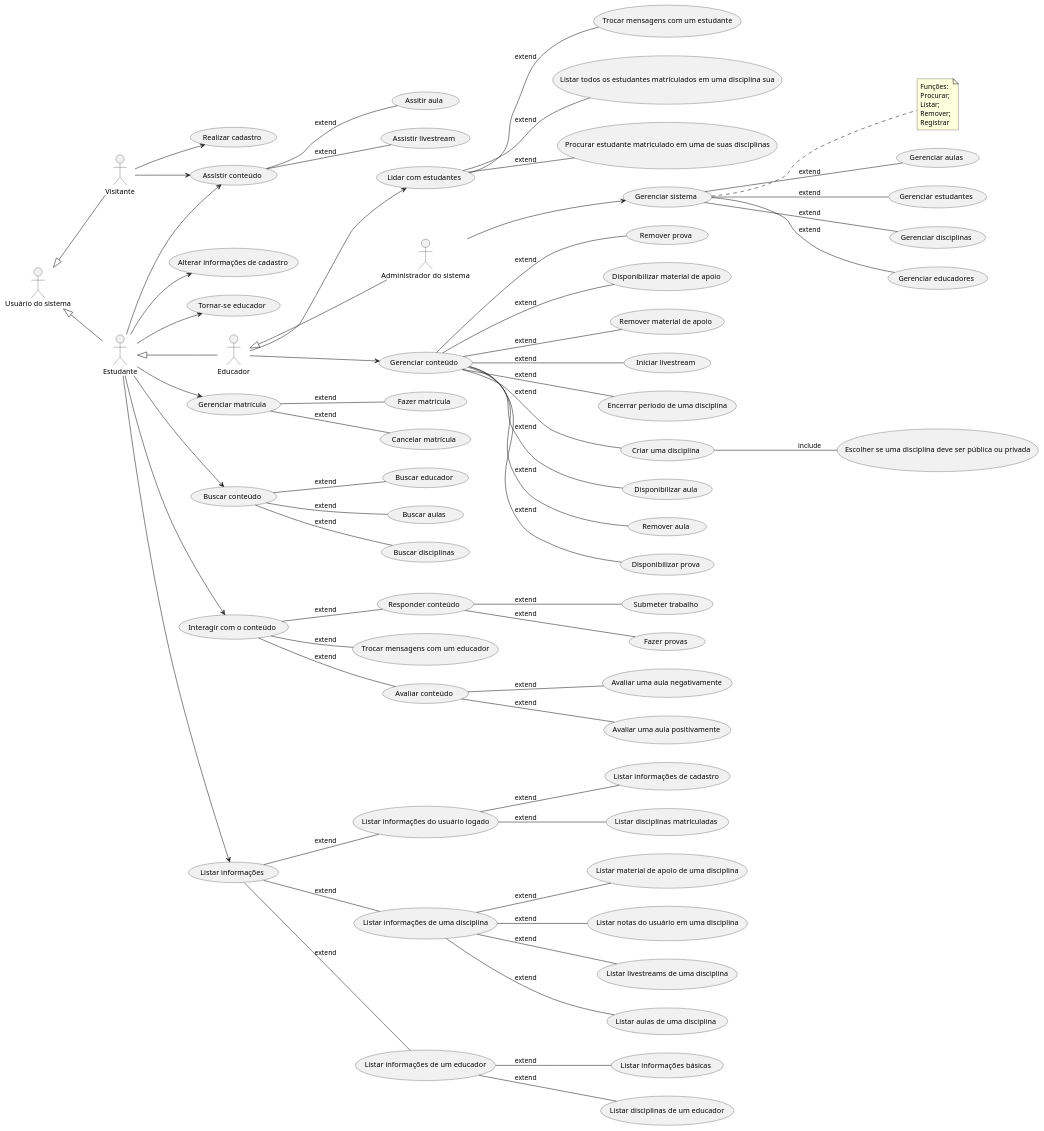
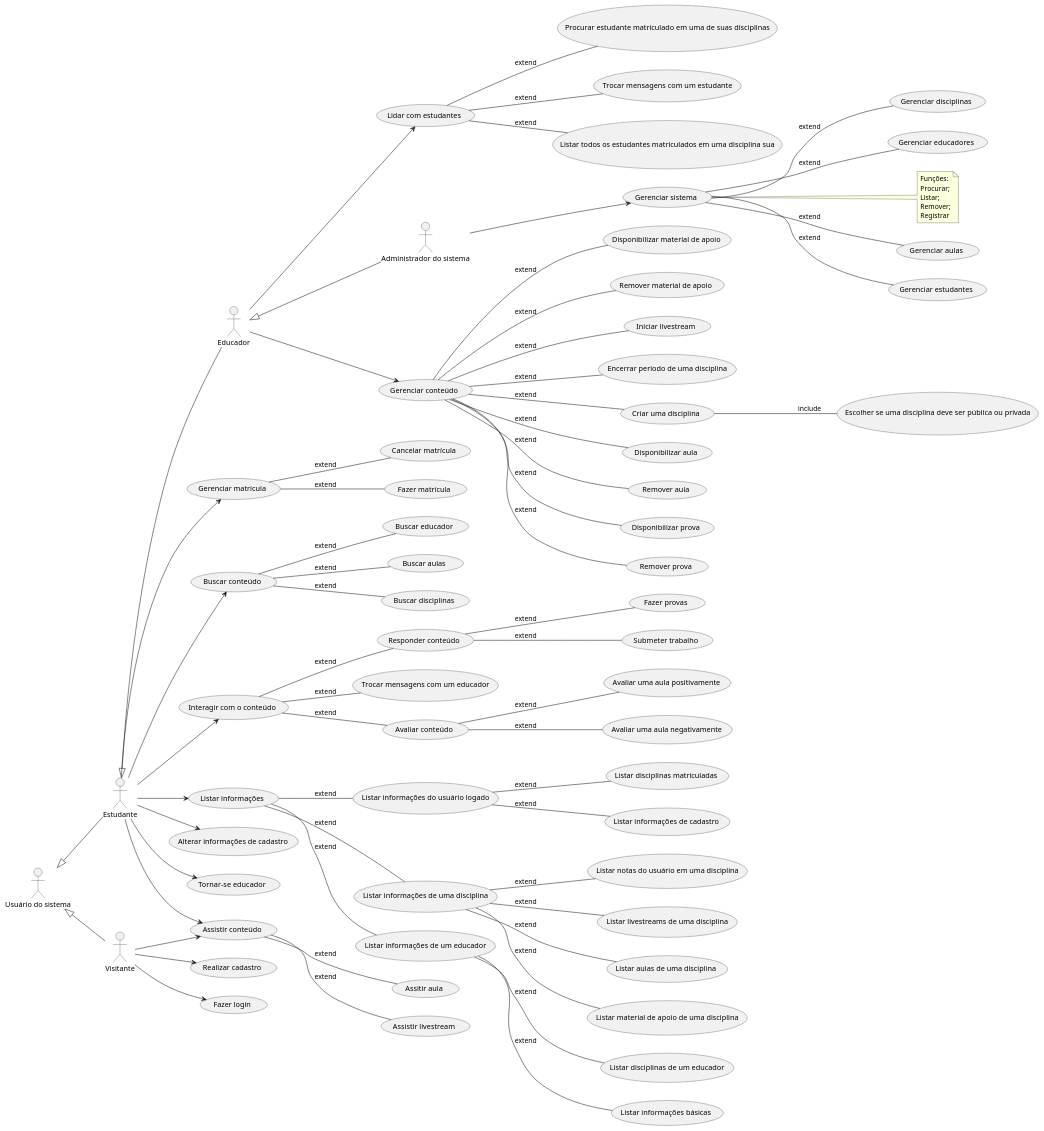
The diagram in casos_de_uso/diagram.plantuml (lucasg-mm/ensinet), drawn with PlantUML before and after one commit. The commit also changed 1 other file, not shown here.

Commit message:
Adiciona caso de uso 'fazer login'

```diff
--- a/casos_de_uso/diagram.plantuml
+++ b/casos_de_uso/diagram.plantuml
@@ -1,149 +1,151 @@
 @startuml casos_de_uso
 left to right direction
 
 ' --Atores
 actor "Usuário do sistema" as sist_user
 actor "Visitante" as visitor
 actor "Estudante" as student
 actor "Educador" as prof
 actor "Administrador do sistema" as adm 
 
 ' --Heranças
 sist_user <|-- visitor
 sist_user <|-- student
 student <|-- prof
 prof <|-- adm
 
 ' --Casos de uso
 ' Componente de gestão
 usecase "Gerenciar aulas" as UC3
 usecase "Gerenciar estudantes" as UC4
 usecase "Gerenciar disciplinas" as UC6
 usecase "Gerenciar educadores" as UC7
 usecase "Gerenciar sistema" as UC8
 usecase "Escolher se uma disciplina deve ser pública ou privada" as UC9
 usecase "Encerrar período de uma disciplina" as UC11
 
 ' Componente de conteúdo
 usecase "Gerenciar conteúdo" as UC12
 usecase "Criar uma disciplina" as UC13
 usecase "Disponibilizar aula" as UC14
 usecase "Remover aula" as RUC14
 usecase "Disponibilizar prova" as UC15
 usecase "Remover prova" as RUC15
 usecase "Disponibilizar material de apoio" as UC16
 usecase "Remover material de apoio" as RUC16
 usecase "Iniciar livestream" as UC17
 
 ' Componente de usuário
 usecase "Gerenciar matrícula" as UC18
 usecase "Buscar conteúdo" as UC19
 usecase "Assistir conteúdo" as UC20
 usecase "Interagir com o conteúdo" as UC22
 usecase "Listar informações" as UC23
 usecase "Fazer matrícula" as UC24
 usecase "Cancelar matrícula" as UC25
 usecase "Buscar aulas" as UC26
 usecase "Buscar disciplinas" as UC27
 usecase "Buscar educador" as UC28
 usecase "Assitir aula" as UC29
 usecase "Assistir livestream" as UC30
 usecase "Avaliar uma aula positivamente" as UC31
 usecase "Avaliar uma aula negativamente" as UC32
 usecase "Trocar mensagens com um educador" as UC34
 usecase "Fazer provas" as UC35
 usecase "Listar aulas de uma disciplina" as UC36
 usecase "Listar disciplinas de um educador" as UC37
 usecase "Listar disciplinas matriculadas" as UC38
 usecase "Listar material de apoio de uma disciplina" as UC39
 usecase "Listar notas do usuário em uma disciplina" as UCNotas
 usecase "Realizar cadastro" as UC40
 usecase "Lidar com estudantes" as UC43
 usecase "Listar todos os estudantes matriculados em uma disciplina sua" as UC44
 usecase "Procurar estudante matriculado em uma de suas disciplinas" as UC45
 usecase "Trocar mensagens com um estudante" as UC46
 usecase "Avaliar conteúdo" as UC47
 usecase "Responder conteúdo" as UC48
 usecase "Submeter trabalho" as UC49
 usecase "Listar informações de uma disciplina" as UC50
 usecase "Listar informações de um educador" as UC51
 usecase "Listar informações do usuário logado" as UC52
 usecase "Listar livestreams de uma disciplina" as UC53
 usecase "Listar informações básicas" as UC54
 usecase "Listar informações de cadastro" as UC55
 usecase "Alterar informações de cadastro" as UC56
 usecase "Tornar-se educador" as UC57
+usecase "Fazer login" as UC58
 
 ' --Associações
 adm --> UC8
 prof --> UC12
 prof --> UC43
 visitor --> UC40
 visitor --> UC20
+visitor --> UC58
 student --> UC18
 student --> UC19
 student --> UC20
 student --> UC22
 student --> UC23
 student --> UC56
 student --> UC57
 
 ' --Extends e includes
 ' Componente de gestão
 UC8--UC3:extend
 UC8--UC4:extend
 UC8--UC6:extend
 UC8--UC7:extend
 UC13--UC9:include
 UC12--UC11:extend
 
 ' Componente de conteúdo
 UC12--UC13:extend
 UC12--UC14:extend
 UC12--RUC14:extend
 UC12--UC15:extend
 UC12--RUC15:extend
 UC12--UC16:extend
 UC12--RUC16:extend
 UC12--UC17:extend
 
 ' Componente de usuário
 UC18--UC24:extend
 UC18--UC25:extend
 UC19--UC26:extend
 UC19--UC27:extend
 UC19--UC28:extend
 UC20--UC29:extend
 UC20--UC30:extend
 UC22--UC48:extend
 UC22--UC47:extend
 UC22--UC34:extend
 UC23--UC50:extend
 UC23--UC51:extend
 UC23--UC52:extend
 UC43--UC44:extend
 UC43--UC45:extend
 UC43--UC46:extend
 UC47--UC31:extend
 UC47--UC32:extend
 UC48--UC35:extend
 UC48--UC49:extend
 UC50--UC39:extend
 UC50--UC36:extend
 UC50--UCNotas:extend
 UC50--UC53:extend
 UC51--UC37:extend
 UC51--UC54:extend
 UC52--UC38:extend
 UC52--UC55:extend
 
 ' --Observações
 note right of UC8
 Funções: 
 Procurar;
 Listar;
 Remover;
 Registrar
 endnote
 
 @enduml
```
